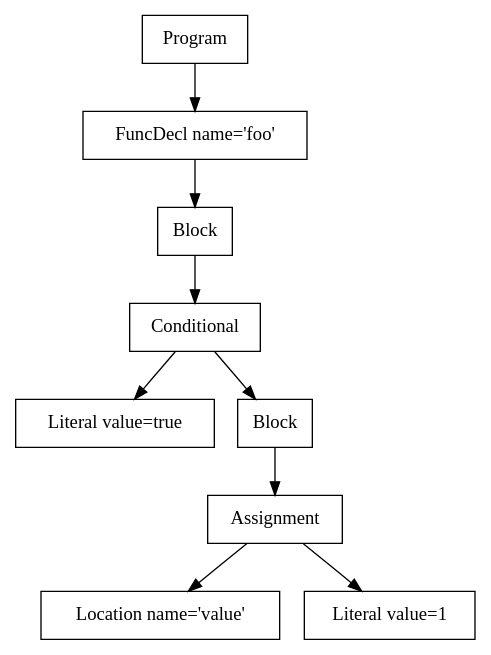
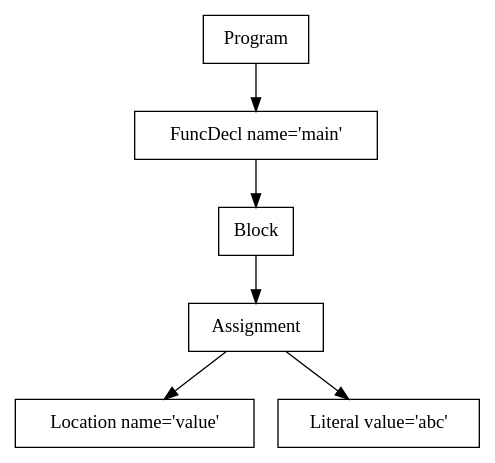
Before and after one commit to tran3jm/doxxlyne: the diagram in p2/p2-parser/ast.dot, drawn with Graphviz. The commit also changed 12 other files, not shown here.

```diff
--- a/p2/p2-parser/ast.dot
+++ b/p2/p2-parser/ast.dot
@@ -1,19 +1,13 @@
 digraph AST {
-4 [shape=box, label="Literal value=true"];
-7 [shape=box, label="Location name='value'"];
-8 [shape=box, label="Literal value=1"];
-6 [shape=box, label="Assignment"];
-6 -> 7;
-6 -> 8;
-5 [shape=box, label="Block"];
-5 -> 6;
-3 [shape=box, label="Conditional"];
+4 [shape=box, label="Location name='value'"];
+5 [shape=box, label="Literal value='abc'"];
+3 [shape=box, label="Assignment"];
 3 -> 4;
 3 -> 5;
 2 [shape=box, label="Block"];
 2 -> 3;
-1 [shape=box, label="FuncDecl name='foo'"];
+1 [shape=box, label="FuncDecl name='main'"];
 1 -> 2;
 0 [shape=box, label="Program"];
 0 -> 1;
 }
```
